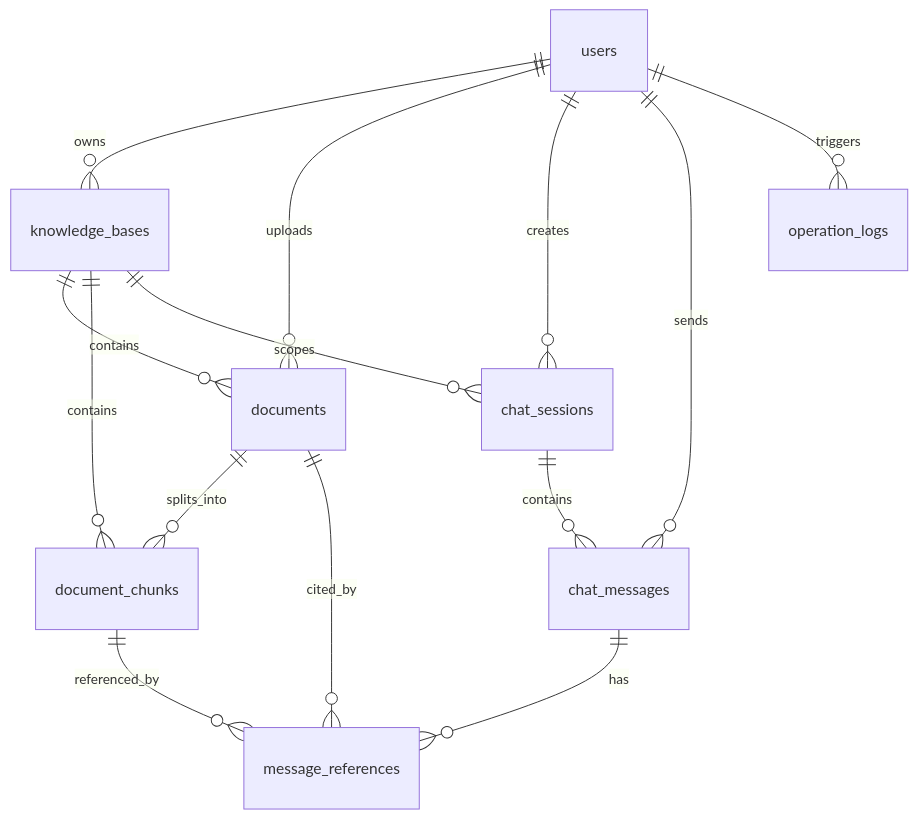
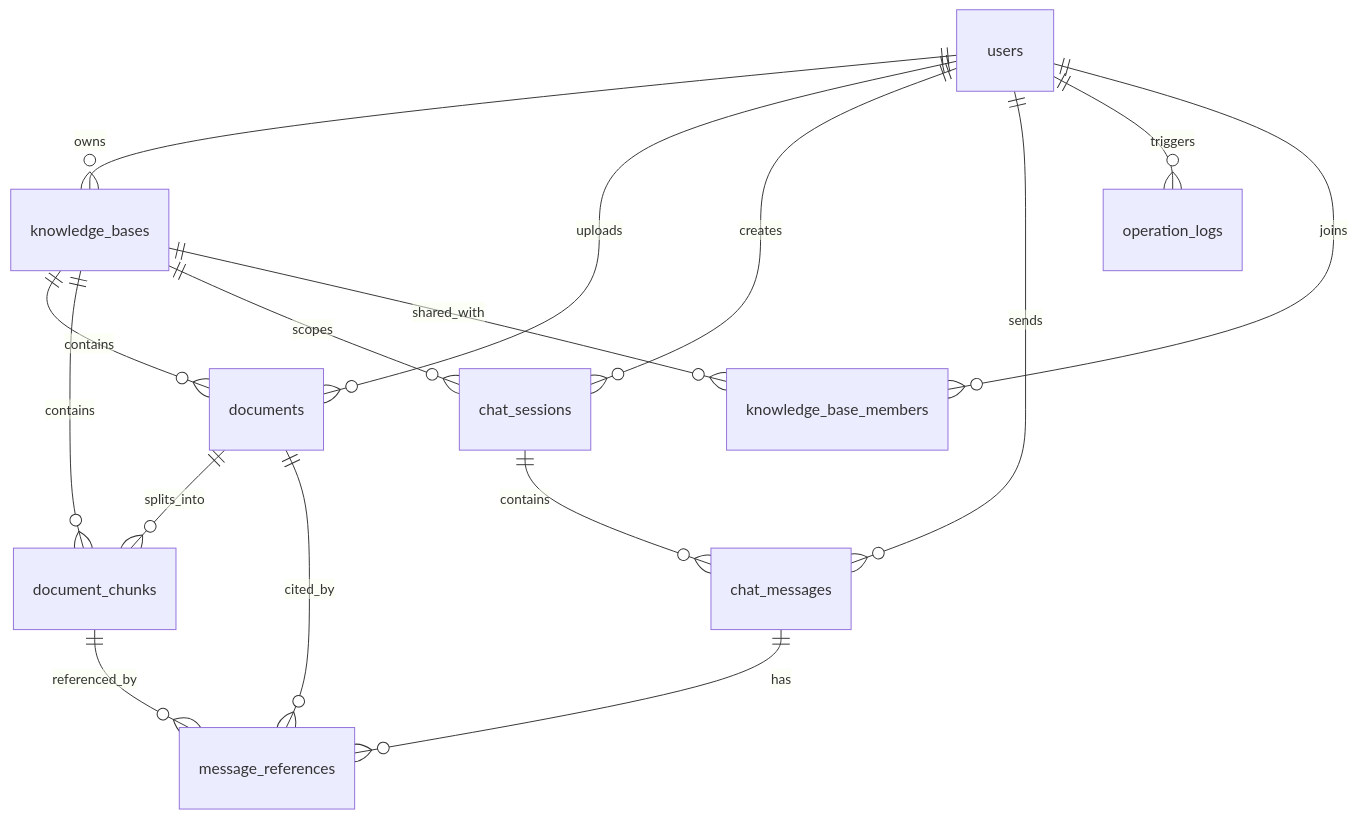
The diagram in docs/database.md (Mmei11/rag-knowledge-base), drawn with Mermaid before and after one commit. The commit also changed other lines of this file and 82 other files, not shown here.

````diff
--- a/docs/database.md
+++ b/docs/database.md
@@ -20,19 +20,21 @@
 ```mermaid
 erDiagram
     users ||--o{ knowledge_bases : owns
     users ||--o{ documents : uploads
     users ||--o{ chat_sessions : creates
     users ||--o{ chat_messages : sends
     users ||--o{ operation_logs : triggers
+    users ||--o{ knowledge_base_members : joins
 
     knowledge_bases ||--o{ documents : contains
     knowledge_bases ||--o{ document_chunks : contains
     knowledge_bases ||--o{ chat_sessions : scopes
+    knowledge_bases ||--o{ knowledge_base_members : shared_with
 
     documents ||--o{ document_chunks : splits_into
     documents ||--o{ message_references : cited_by
 
     chat_sessions ||--o{ chat_messages : contains
     chat_messages ||--o{ message_references : has
     document_chunks ||--o{ message_references : referenced_by
 ```
````
